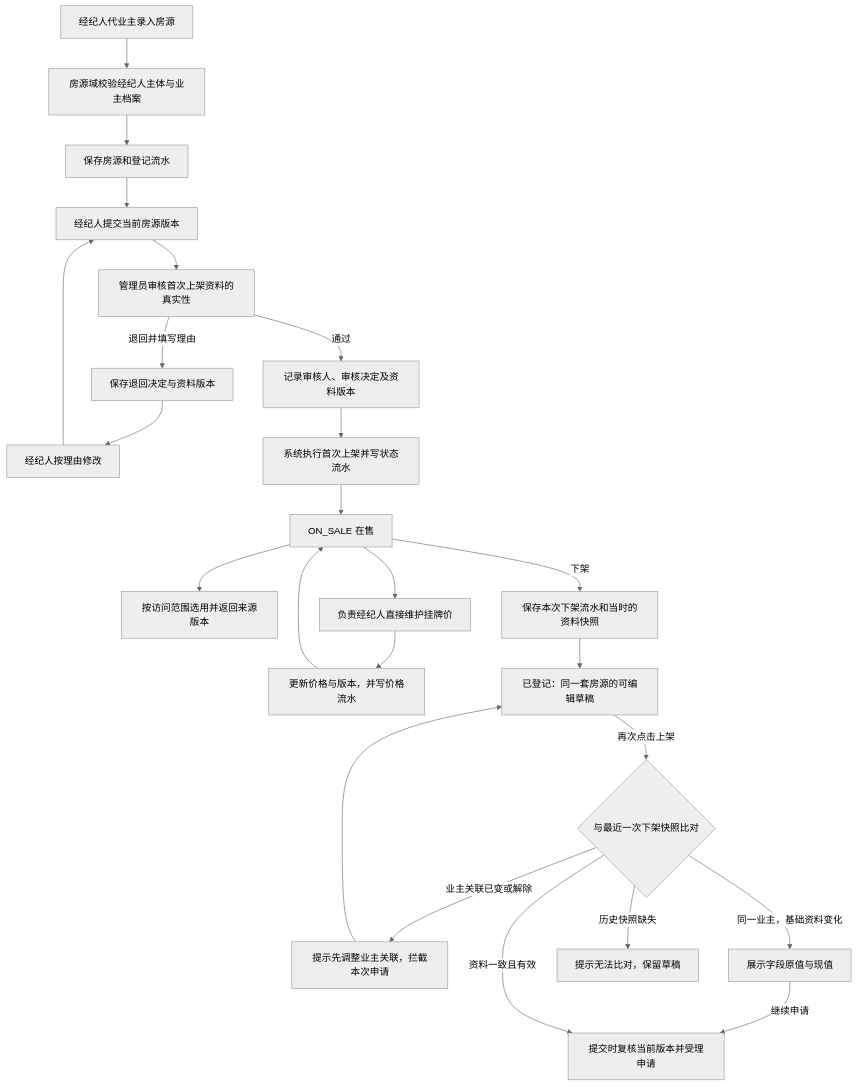
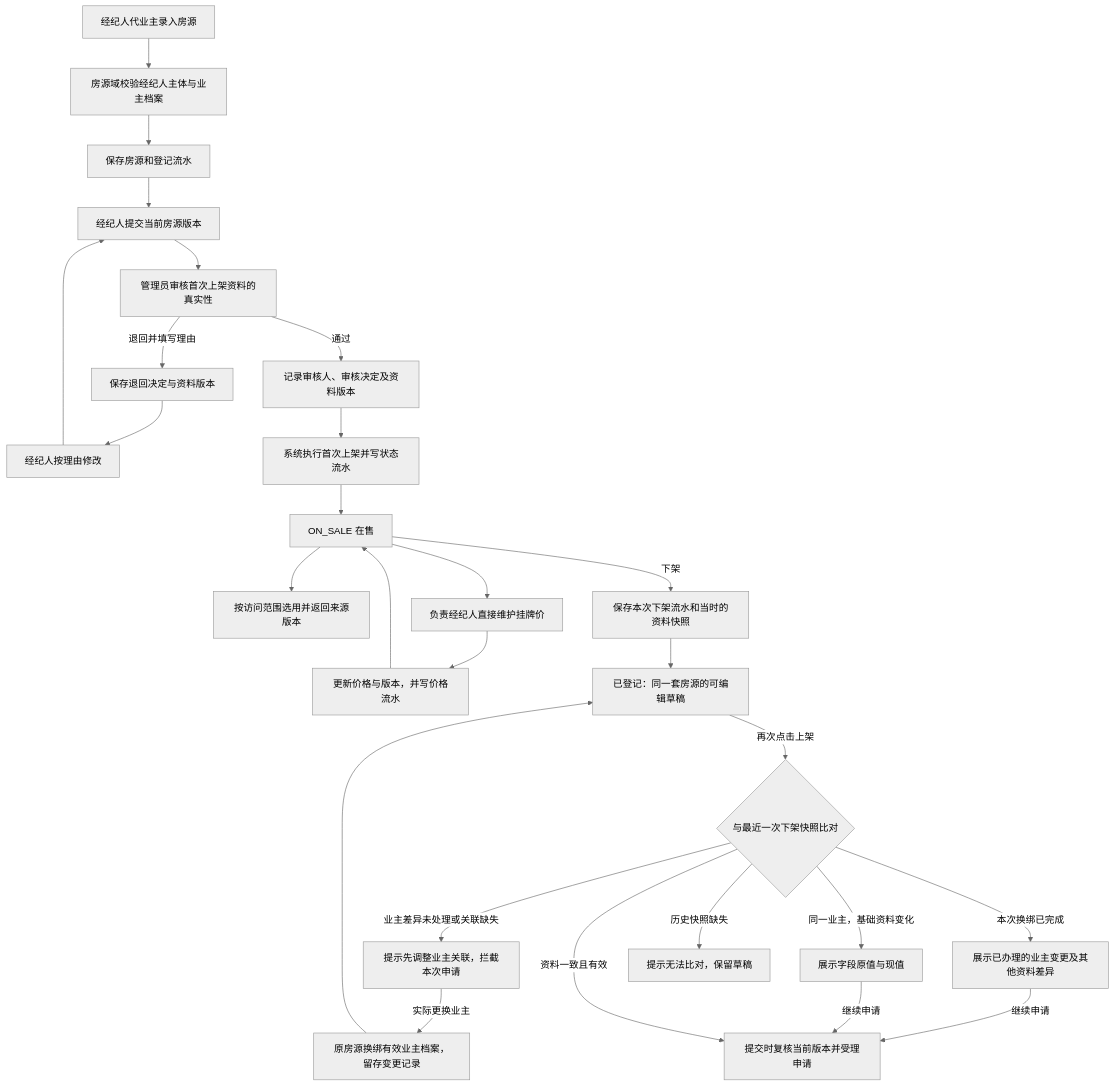
One commit to crj-tik/BkAnentProject changed the second of 4 diagrams in openspec/changes/align-listing-marketing-workflows/dataflow.md. Above: the diagram before and after it, drawn with Mermaid (neutral theme). The commit also changed other lines of this file and 6 other files, not shown here.

````diff
--- a/openspec/changes/align-listing-marketing-workflows/dataflow.md
+++ b/openspec/changes/align-listing-marketing-workflows/dataflow.md
@@ -32,26 +32,29 @@
 ```mermaid
 flowchart TD
     Create[经纪人代业主录入房源] --> Owner[房源域校验经纪人主体与业主档案]
     Owner --> Save[保存房源和登记流水]
     Save --> Submit[经纪人提交当前房源版本]
     Submit --> Review[管理员审核首次上架资料的真实性]
     Review -->|退回并填写理由| Return[保存退回决定与资料版本]
     Return --> Edit[经纪人按理由修改]
     Edit --> Submit
     Review -->|通过| Approve[记录审核人、审核决定及资料版本]
     Approve --> MarkLive[系统执行首次上架并写状态流水]
     MarkLive --> Active[ON_SALE 在售]
     Active --> Select[按访问范围选用并返回来源版本]
     Active --> Adjust[负责经纪人直接维护挂牌价]
     Adjust --> Commit[更新价格与版本，并写价格流水]
     Commit --> Active
     Active -->|下架| Delist[保存本次下架流水和当时的资料快照]
     Delist --> Registered[已登记：同一套房源的可编辑草稿]
     Registered -->|再次点击上架| Compare{与最近一次下架快照比对}
-    Compare -->|业主关联已变或解除| FixOwner[提示先调整业主关联，拦截本次申请]
-    FixOwner --> Registered
+    Compare -->|业主差异未处理或关联缺失| FixOwner[提示先调整业主关联，拦截本次申请]
+    FixOwner -->|实际更换业主| Rebind[原房源换绑有效业主档案，留存变更记录]
+    Rebind --> Registered
+    Compare -->|本次换绑已完成| OwnerChanged[展示已办理的业主变更及其他资料差异]
+    OwnerChanged -->|继续申请| Apply
     Compare -->|同一业主，基础资料变化| Changes[展示字段原值与现值]
     Changes -->|继续申请| Apply[提交时复核当前版本并受理申请]
     Compare -->|资料一致且有效| Apply
     Compare -->|历史快照缺失| Missing[提示无法比对，保留草稿]
 ```
````
